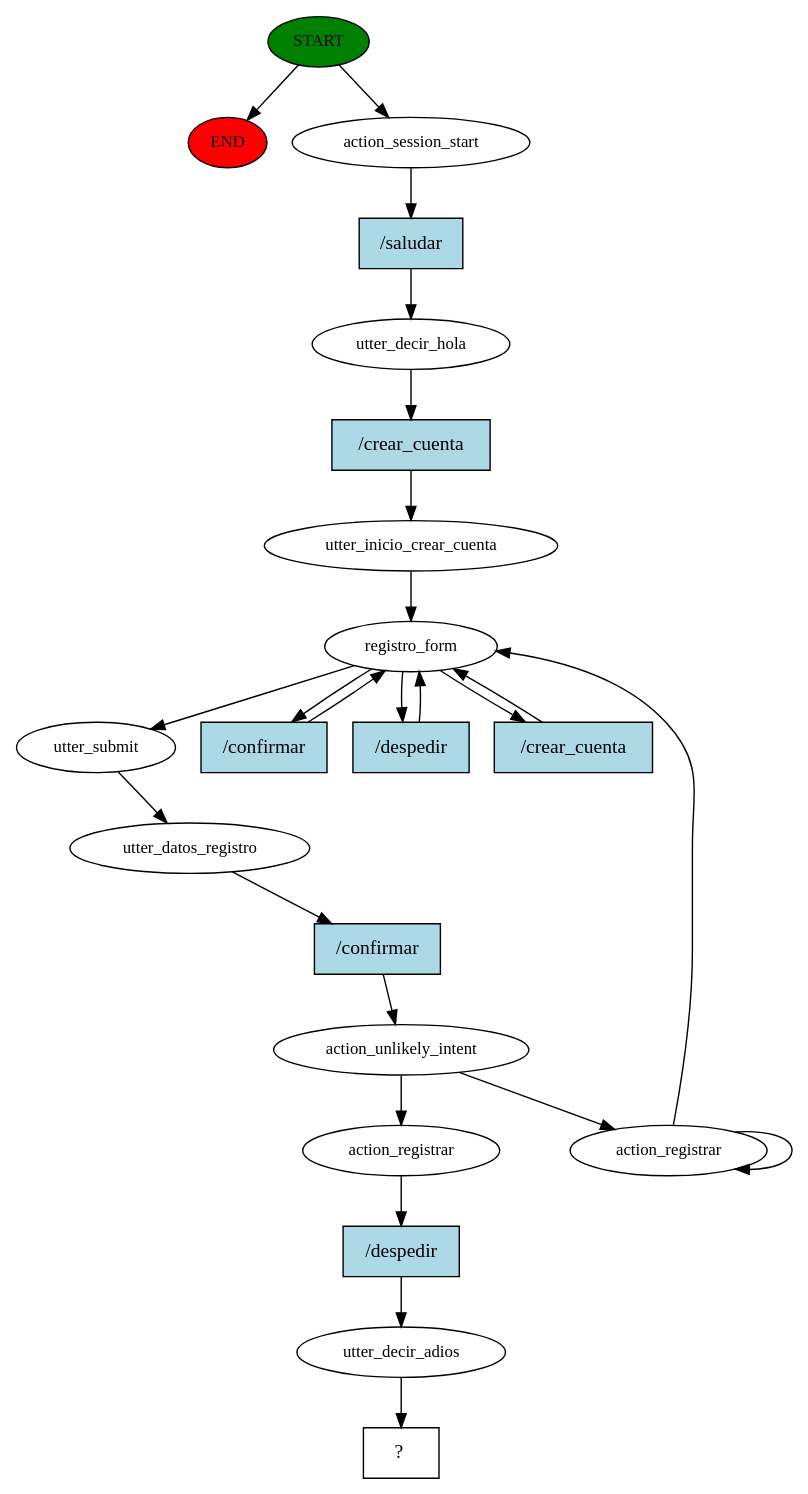
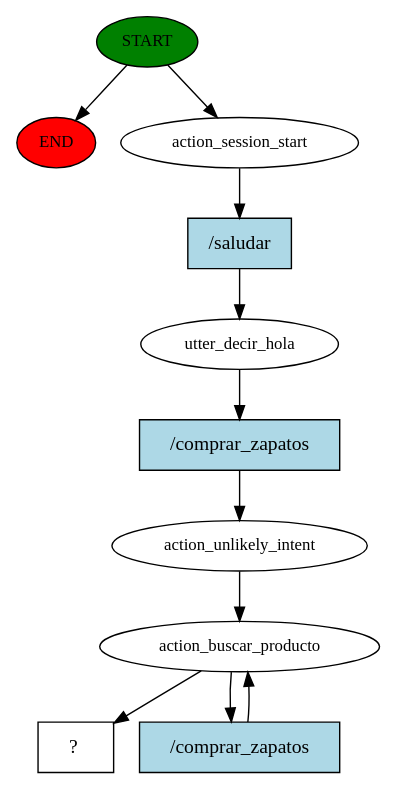
Before and after one commit to Daniel45450/chatbot_exploratoria: the diagram in story_graph.dot, drawn with Graphviz. The commit also changed 11 other files, not shown here.

Commit message:
buscar_producto funcionando

```diff
--- a/story_graph.dot
+++ b/story_graph.dot
@@ -1,46 +1,22 @@
 digraph  {
 0 [class="start active", fillcolor=green, fontsize=12, label=START, style=filled];
 "-1" [class=end, fillcolor=red, fontsize=12, label=END, style=filled];
 1 [class=active, fontsize=12, label=action_session_start];
 2 [class=active, fontsize=12, label=utter_decir_hola];
-3 [class=active, fontsize=12, label=utter_inicio_crear_cuenta];
-4 [class=active, fontsize=12, label=registro_form];
-10 [class=active, fontsize=12, label=utter_submit];
-11 [class=active, fontsize=12, label=utter_datos_registro];
-12 [class=active, fontsize=12, label=action_unlikely_intent];
-13 [class=active, fontsize=12, label=action_registrar];
-24 [class=active, fontsize=12, label=action_registrar];
-25 [class=active, fontsize=12, label=utter_decir_adios];
-26 [class="intent dashed active", label="  ?  ", shape=rect];
-27 [class="intent active", fillcolor=lightblue, label="/saludar", shape=rect, style=filled];
-28 [class="intent active", fillcolor=lightblue, label="/crear_cuenta", shape=rect, style=filled];
-29 [class="intent active", fillcolor=lightblue, label="/confirmar", shape=rect, style=filled];
-30 [class="intent active", fillcolor=lightblue, label="/despedir", shape=rect, style=filled];
-31 [class="intent active", fillcolor=lightblue, label="/crear_cuenta", shape=rect, style=filled];
-32 [class="intent active", fillcolor=lightblue, label="/confirmar", shape=rect, style=filled];
-33 [class="intent active", fillcolor=lightblue, label="/despedir", shape=rect, style=filled];
+3 [class=active, fontsize=12, label=action_unlikely_intent];
+4 [class=active, fontsize=12, label=action_buscar_producto];
+20 [class="intent dashed active", label="  ?  ", shape=rect];
+21 [class="intent active", fillcolor=lightblue, label="/saludar", shape=rect, style=filled];
+22 [class="intent active", fillcolor=lightblue, label="/comprar_zapatos", shape=rect, style=filled];
+23 [class="intent active", fillcolor=lightblue, label="/comprar_zapatos", shape=rect, style=filled];
 0 -> "-1"  [class="", key=NONE, label=""];
 0 -> 1  [class=active, key=NONE, label=""];
-1 -> 27  [class=active, key=0];
-2 -> 28  [class=active, key=0];
+1 -> 21  [class=active, key=0];
+2 -> 22  [class=active, key=0];
 3 -> 4  [class=active, key=NONE, label=""];
-4 -> 10  [class=active, key=NONE, label=""];
-4 -> 29  [class=active, key=0];
-4 -> 30  [class=active, key=0];
-4 -> 31  [class=active, key=0];
-10 -> 11  [class=active, key=NONE, label=""];
-11 -> 32  [class=active, key=0];
-12 -> 13  [class=active, key=NONE, label=""];
-12 -> 24  [class=active, key=NONE, label=""];
-13 -> 13  [class=active, key=NONE, label=""];
-13 -> 4  [class=active, key=NONE, label=""];
-24 -> 33  [class=active, key=0];
-25 -> 26  [class=active, key=NONE, label=""];
-27 -> 2  [class=active, key=0];
-28 -> 3  [class=active, key=0];
-29 -> 4  [class=active, key=0];
-30 -> 4  [class=active, key=0];
-31 -> 4  [class=active, key=0];
-32 -> 12  [class=active, key=0];
-33 -> 25  [class=active, key=0];
+4 -> 20  [class=active, key=NONE, label=""];
+4 -> 23  [class=active, key=0];
+21 -> 2  [class=active, key=0];
+22 -> 3  [class=active, key=0];
+23 -> 4  [class=active, key=0];
 }
```
